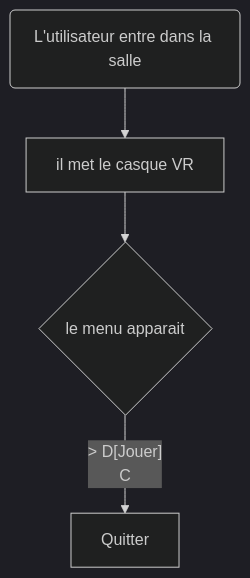
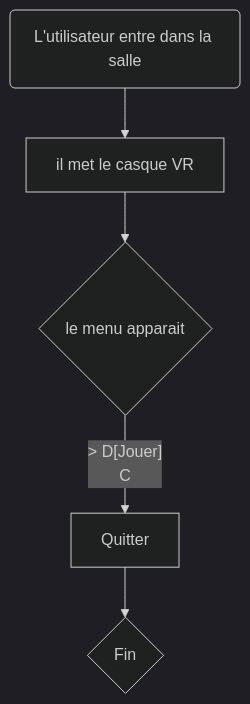
One commit to samesthumain/sac-de-sable changed the diagram in README.md. Above: the diagram before and after it, drawn with Mermaid (dark theme).

````diff
--- a/README.md
+++ b/README.md
@@ -5,8 +5,8 @@
 ```mermaid
 flowchart TD
     A(L'utilisateur entre dans la salle) --> B[il met le casque VR]
     B --> C{le menu apparait}
     C --­­­­> D[Jouer]
     C --> E[Quitter]
-
+    E --> F{Fin}
 ```
````
